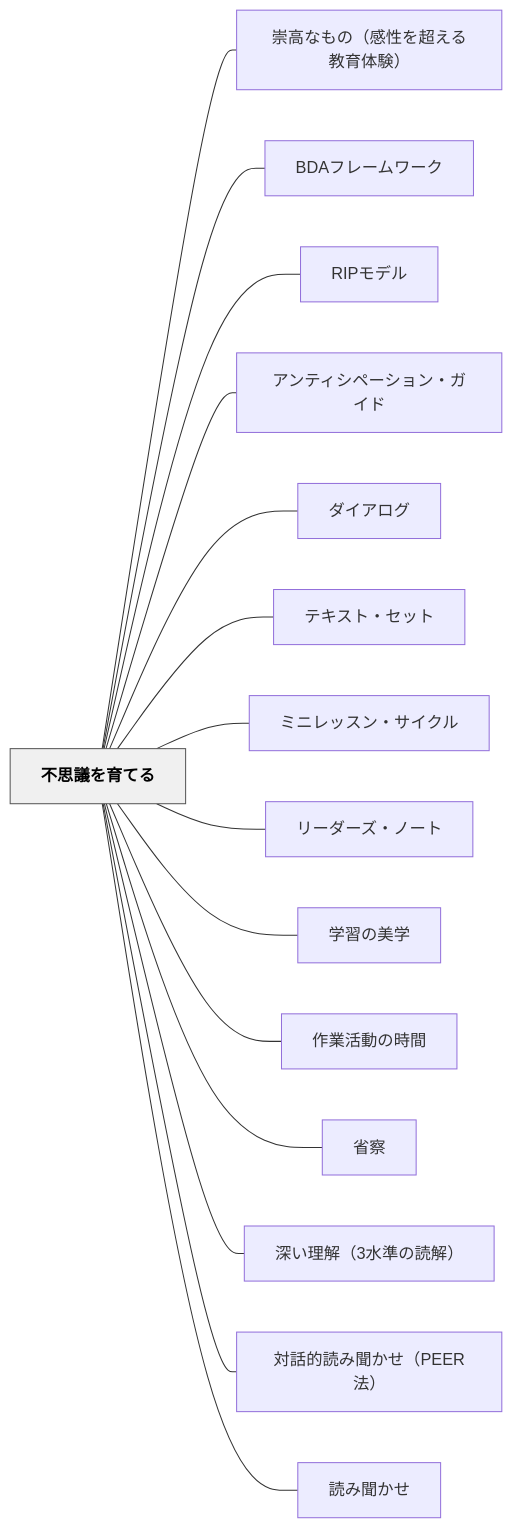
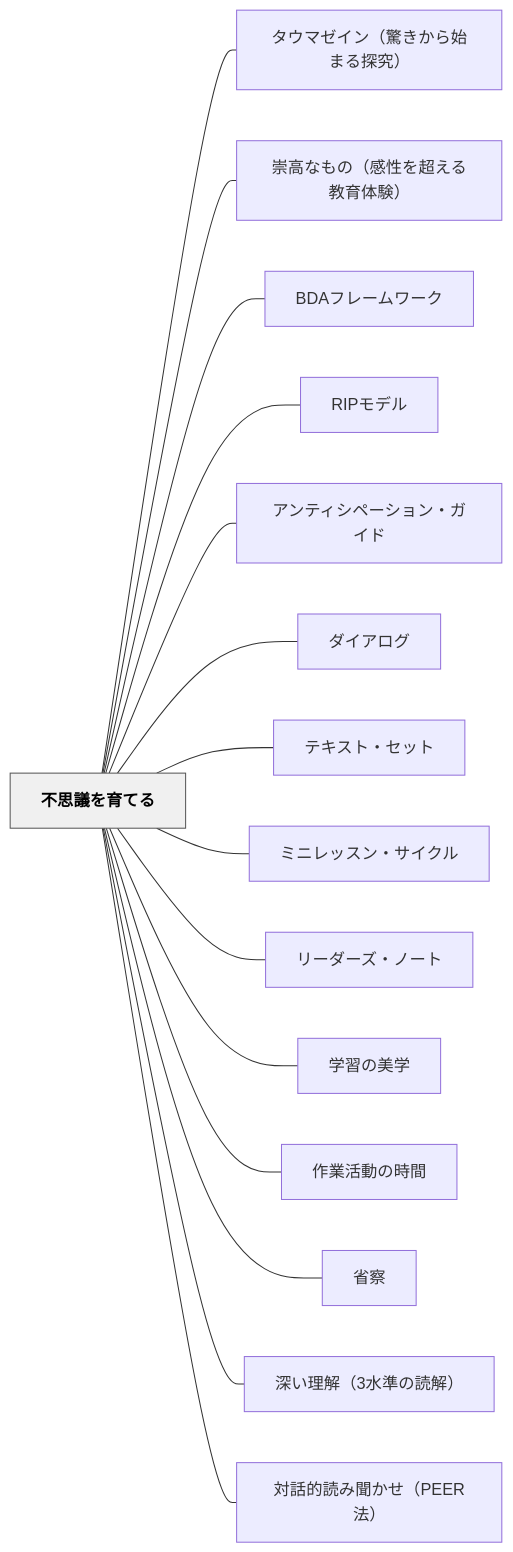
Before and after one commit to unknownthings-ed-patterns/unknownthings-ed-patterns: the diagram in content/パタン/不思議を育てる.md, drawn with Mermaid. The commit also changed other lines of this file and 17 other files, not shown here.

````diff
--- a/content/パタン/不思議を育てる.md
+++ b/content/パタン/不思議を育てる.md
@@ -186,36 +207,36 @@
 ```mermaid
 flowchart LR
     ne4b88de6809de8adb0e38292e882b2e381a6e3828b["不思議を育てる"]
+    ne382bfe382a6e3839ee382bce382a4e383b3efbc88e9a99ae3818de3818be38289e5a78be381bee3828be68ea2e7a9b6efbc89["タウマゼイン（驚きから始まる探究）"]
     ne5b487e9ab98e381aae38282e381aeefbc88e6849fe680a7e38292e8b685e38188e3828be69599e882b2e4bd93e9a893efbc89["崇高なもの（感性を超える教育体験）"]
     n424441e38395e383ace383bce383a0e383afe383bce382af["BDAフレームワーク"]
     n524950e383a2e38387e383ab["RIPモデル"]
     ne382a2e383b3e38386e382a3e382b7e3839ae383bce382b7e383a7e383b3e383bbe382ace382a4e38389["アンティシペーション・ガイド"]
     ne38380e382a4e382a2e383ade382b0["ダイアログ"]
     ne38386e382ade382b9e38388e383bbe382bbe38383e38388["テキスト・セット"]
     ne3839fe3838be383ace38383e382b9e383b3e383bbe382b5e382a4e382afe383ab["ミニレッスン・サイクル"]
     ne383aae383bce38380e383bce382bae383bbe3838ee383bce38388["リーダーズ・ノート"]
     ne5ada6e7bf92e381aee7be8ee5ada6["学習の美学"]
     ne4bd9ce6a5ade6b4bbe58b95e381aee69982e99693["作業活動の時間"]
     ne79c81e5af9f["省察"]
     ne6b7b1e38184e79086e8a7a3efbc8833e6b0b4e6ba96e381aee8aaade8a7a3efbc89["深い理解（3水準の読解）"]
     ne5afbee8a9b1e79a84e8aaade381bfe8819ee3818be3819befbc8850454552e6b395efbc89["対話的読み聞かせ（PEER法）"]
-    ne8aaade381bfe8819ee3818be3819b["読み聞かせ"]
 
+    ne4b88de6809de8adb0e38292e882b2e381a6e3828b --- ne382bfe382a6e3839ee382bce382a4e383b3efbc88e9a99ae3818de3818be38289e5a78be381bee3828be68ea2e7a9b6efbc89
     ne4b88de6809de8adb0e38292e882b2e381a6e3828b --- ne5b487e9ab98e381aae38282e381aeefbc88e6849fe680a7e38292e8b685e38188e3828be69599e882b2e4bd93e9a893efbc89
     ne4b88de6809de8adb0e38292e882b2e381a6e3828b --- n424441e38395e383ace383bce383a0e383afe383bce382af
     ne4b88de6809de8adb0e38292e882b2e381a6e3828b --- n524950e383a2e38387e383ab
     ne4b88de6809de8adb0e38292e882b2e381a6e3828b --- ne382a2e383b3e38386e382a3e382b7e3839ae383bce382b7e383a7e383b3e383bbe382ace382a4e38389
     ne4b88de6809de8adb0e38292e882b2e381a6e3828b --- ne38380e382a4e382a2e383ade382b0
     ne4b88de6809de8adb0e38292e882b2e381a6e3828b --- ne38386e382ade382b9e38388e383bbe382bbe38383e38388
     ne4b88de6809de8adb0e38292e882b2e381a6e3828b --- ne3839fe3838be383ace38383e382b9e383b3e383bbe382b5e382a4e382afe383ab
     ne4b88de6809de8adb0e38292e882b2e381a6e3828b --- ne383aae383bce38380e383bce382bae383bbe3838ee383bce38388
     ne4b88de6809de8adb0e38292e882b2e381a6e3828b --- ne5ada6e7bf92e381aee7be8ee5ada6
     ne4b88de6809de8adb0e38292e882b2e381a6e3828b --- ne4bd9ce6a5ade6b4bbe58b95e381aee69982e99693
     ne4b88de6809de8adb0e38292e882b2e381a6e3828b --- ne79c81e5af9f
     ne4b88de6809de8adb0e38292e882b2e381a6e3828b --- ne6b7b1e38184e79086e8a7a3efbc8833e6b0b4e6ba96e381aee8aaade8a7a3efbc89
     ne4b88de6809de8adb0e38292e882b2e381a6e3828b --- ne5afbee8a9b1e79a84e8aaade381bfe8819ee3818be3819befbc8850454552e6b395efbc89
-    ne4b88de6809de8adb0e38292e882b2e381a6e3828b --- ne8aaade381bfe8819ee3818be3819b
 
     classDef hub fill:#f0f0f0,stroke:#555,color:#000,font-weight:bold
     class ne4b88de6809de8adb0e38292e882b2e381a6e3828b hub
 ```
````
